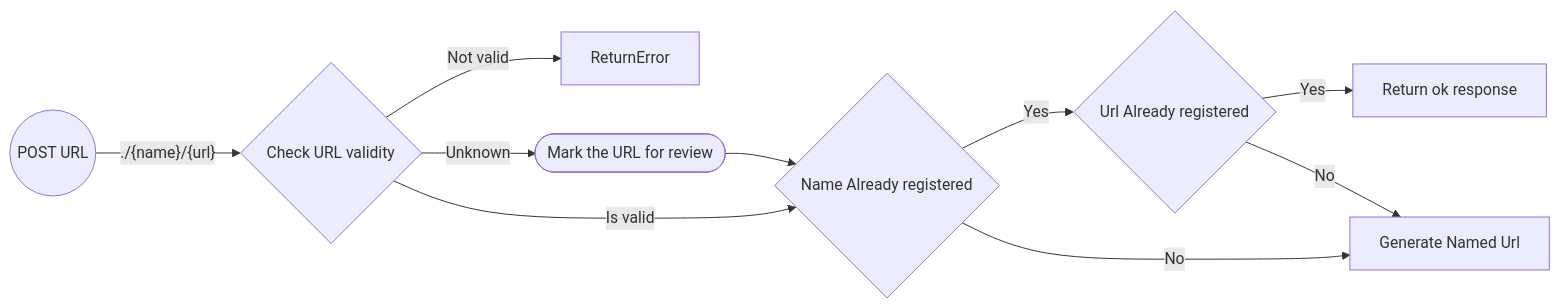
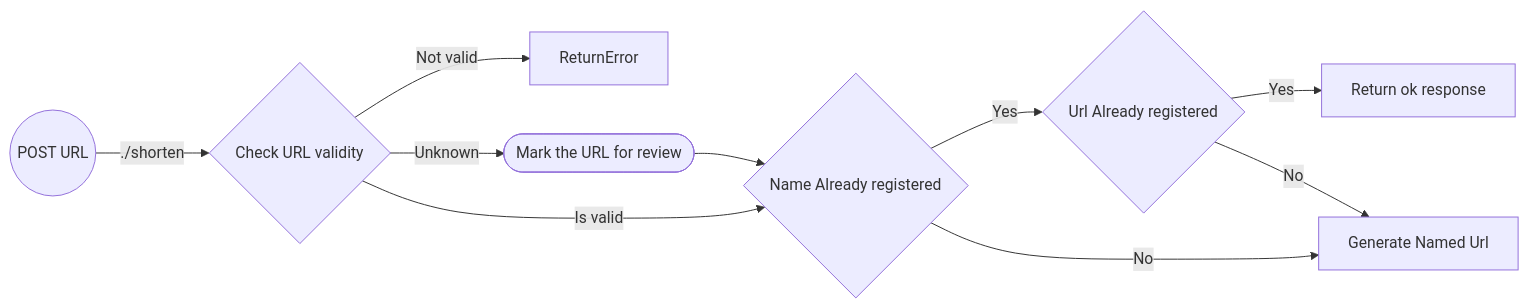
One commit to Marvin-Brouwer/SecureUrlManager changed the diagram in docs/user-journeys/3-create-named-url.md. Above: the diagram before and after it, drawn with Mermaid. The commit also changed 1 other file, not shown here.

Commit message:
[#2] Updated api flows for rest compatibility

````diff
--- a/docs/user-journeys/3-create-named-url.md
+++ b/docs/user-journeys/3-create-named-url.md
@@ -15,19 +15,19 @@
 ```mermaid
 graph LR
-    Start(( POST URL )) --> |"./{name}/{url}"| Validate
+    Start(( POST URL )) --> |"./shorten"| Validate
 
     Validate{Check URL validity}
     Validate --> |Not valid| ReturnError
     Validate --> |Unknown| MarkForReview([Mark the URL for review]) --> ExistingName
     Validate --> |Is valid| ExistingName
     
     ExistingName{Name Already registered}
     ExistingName --> |Yes| ExistingUrl
     ExistingName --> |No| GenerateNamedUrl
     
     ExistingUrl{Url Already registered}
     ExistingUrl --> |Yes| ReturnOk[Return ok response]
     ExistingUrl --> |No| GenerateNamedUrl
     
     GenerateNamedUrl[Generate Named Url]
 ```
````
